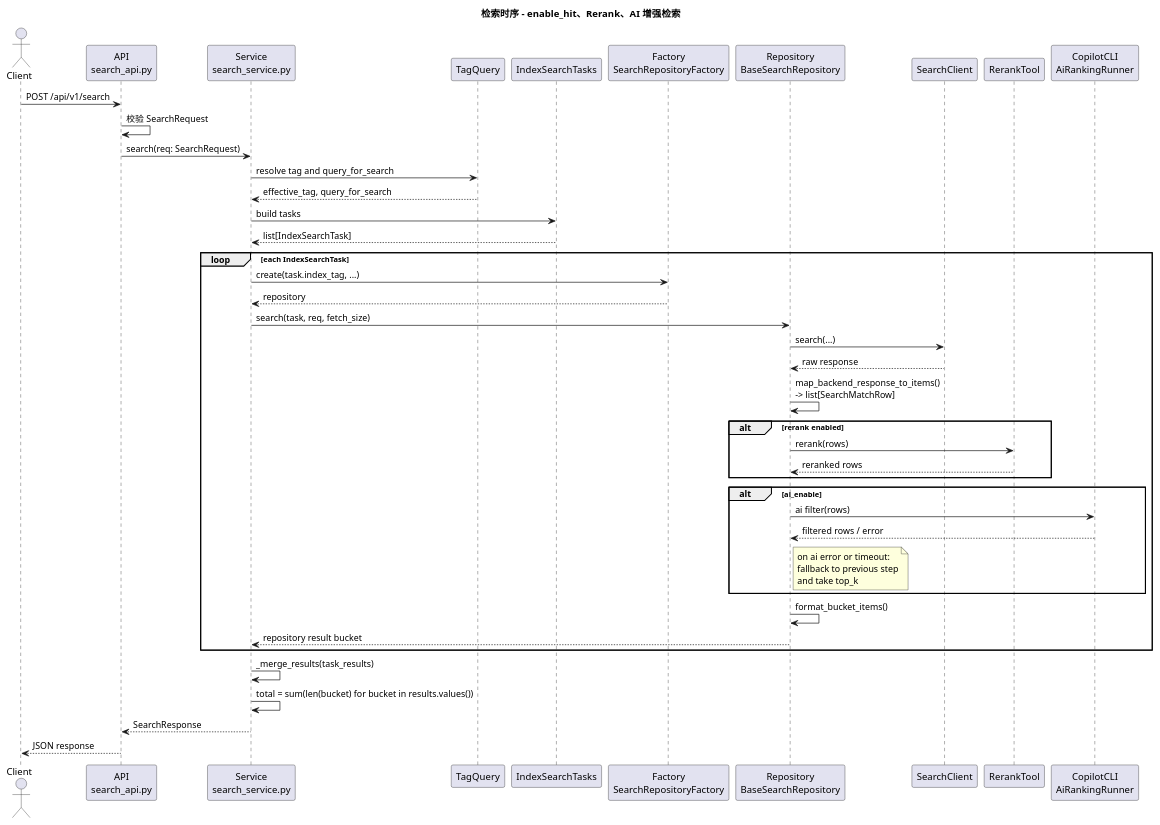
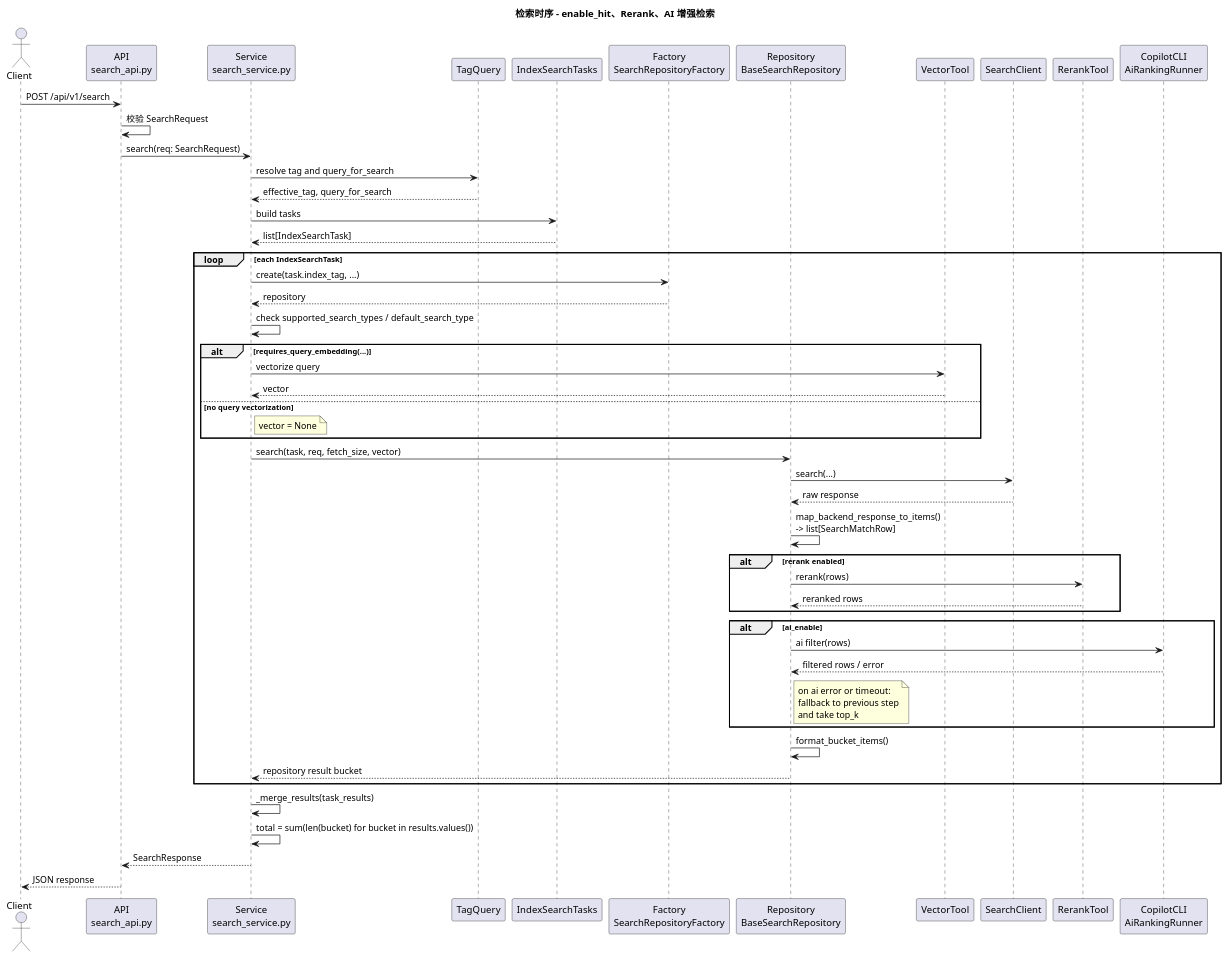
One commit to dxxbox/BiBLE-Atlas changed the diagram in docs/designs/server_part/pumls/search_flow_with_hit_and_rerank_sequence.puml. Above: the diagram before and after it, drawn with PlantUML. The commit also changed 4 other files, not shown here.

Commit message:
[none]update search design

```diff
--- a/docs/designs/server_part/pumls/search_flow_with_hit_and_rerank_sequence.puml
+++ b/docs/designs/server_part/pumls/search_flow_with_hit_and_rerank_sequence.puml
@@ -1,59 +1,70 @@
 @startuml search_flow_with_hit_and_rerank_sequence
 title 检索时序 - enable_hit、Rerank、AI 增强检索
 
 actor Client
 participant "API\nsearch_api.py" as Api
 participant "Service\nsearch_service.py" as Service
 participant "TagQuery" as TagQuery
 participant "IndexSearchTasks" as IndexTasks
 participant "Factory\nSearchRepositoryFactory" as Factory
 participant "Repository\nBaseSearchRepository" as Repository
+participant "VectorTool" as VectorTool
 participant "SearchClient" as SearchClient
 participant "RerankTool" as RerankTool
 participant "CopilotCLI\nAiRankingRunner" as CopilotCLI
 
 Client -> Api: POST /api/v1/search
 Api -> Api: 校验 SearchRequest
 Api -> Service: search(req: SearchRequest)
 
 Service -> TagQuery: resolve tag and query_for_search
 TagQuery --> Service: effective_tag, query_for_search
 
 Service -> IndexTasks: build tasks
 IndexTasks --> Service: list[IndexSearchTask]
 
 loop each IndexSearchTask
   Service -> Factory: create(task.index_tag, ...)
   Factory --> Service: repository
 
-  Service -> Repository: search(task, req, fetch_size)
+  Service -> Service: check supported_search_types / default_search_type
+  alt requires_query_embedding(...)
+    Service -> VectorTool: vectorize query
+    VectorTool --> Service: vector
+  else no query vectorization
+    note right of Service
+      vector = None
+    end note
+  end
+
+  Service -> Repository: search(task, req, fetch_size, vector)
   Repository -> SearchClient: search(...)
   SearchClient --> Repository: raw response
 
   Repository -> Repository: map_backend_response_to_items()\n-> list[SearchMatchRow]
 
   alt rerank enabled
     Repository -> RerankTool: rerank(rows)
     RerankTool --> Repository: reranked rows
   end
 
   alt ai_enable
     Repository -> CopilotCLI: ai filter(rows)
     CopilotCLI --> Repository: filtered rows / error
     note right of Repository
       on ai error or timeout:
       fallback to previous step
       and take top_k
     end note
   end
 
   Repository -> Repository: format_bucket_items()
   Repository --> Service: repository result bucket
 end
 
 Service -> Service: _merge_results(task_results)
 Service -> Service: total = sum(len(bucket) for bucket in results.values())
 Service --> Api: SearchResponse
 Api --> Client: JSON response
 
 @enduml
```
